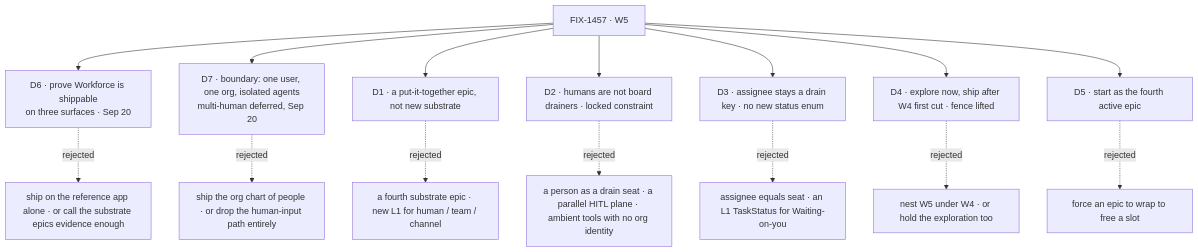
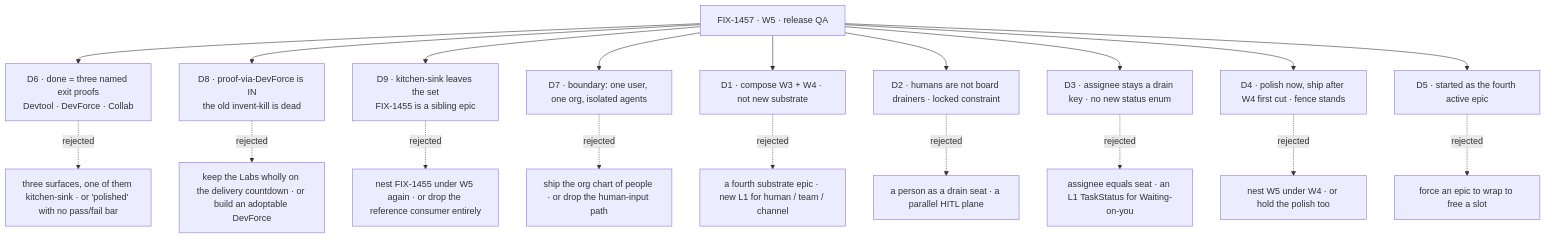
The diagram in spec/_epics/living-workforce/DECISIONS.md (fixpoint-labs/flow-state-dev), drawn with Mermaid before and after one commit. The commit also changed other lines of this file and 6 other files, not shown here.

First line of the commit message:
spec(epic): re-cut W5 as Workforce release QA — three named exit proofs (FIX-1457)

````diff
--- a/spec/_epics/living-workforce/DECISIONS.md
+++ b/spec/_epics/living-workforce/DECISIONS.md
@@ -16,17 +14,21 @@
 ```mermaid
 flowchart TD
-  E["FIX-1457 · W5"] --> D6["D6 · prove Workforce is shippable<br/>on three surfaces · Sep 20"]
-  D6 -.->|"rejected"| X6["ship on the reference app alone · or call the substrate epics evidence enough"]
-  E --> D7["D7 · boundary: one user, one org, isolated agents<br/>multi-human deferred, Sep 20"]
-  D7 -.->|"rejected"| X7["ship the org chart of people · or drop the human-input path entirely"]
-  E --> D1["D1 · a put-it-together epic, not new substrate"]
+  E["FIX-1457 · W5 · release QA"] --> D6["D6 · done = three named exit proofs<br/>Devtool · DevForce · Collab"]
+  D6 -.->|"rejected"| X6["three surfaces, one of them kitchen-sink · or 'polished' with no pass/fail bar"]
+  E --> D8["D8 · proof-via-DevForce is IN<br/>the old invent-kill is dead"]
+  D8 -.->|"rejected"| X8["keep the Labs wholly on the delivery countdown · or build an adoptable DevForce"]
+  E --> D9["D9 · kitchen-sink leaves the set<br/>FIX-1455 is a sibling epic"]
+  D9 -.->|"rejected"| X9["nest FIX-1455 under W5 again · or drop the reference consumer entirely"]
+  E --> D7["D7 · boundary: one user, one org, isolated agents"]
+  D7 -.->|"rejected"| X7["ship the org chart of people · or drop the human-input path"]
+  E --> D1["D1 · compose W3 + W4 · not new substrate"]
   D1 -.->|"rejected"| X1["a fourth substrate epic · new L1 for human / team / channel"]
   E --> D2["D2 · humans are not board drainers · locked constraint"]
-  D2 -.->|"rejected"| X2["a person as a drain seat · a parallel HITL plane · ambient tools with no org identity"]
+  D2 -.->|"rejected"| X2["a person as a drain seat · a parallel HITL plane"]
   E --> D3["D3 · assignee stays a drain key · no new status enum"]
   D3 -.->|"rejected"| X3["assignee equals seat · an L1 TaskStatus for Waiting-on-you"]
-  E --> D4["D4 · explore now, ship after W4 first cut · fence lifted"]
-  D4 -.->|"rejected"| X4["nest W5 under W4 · or hold the exploration too"]
-  E --> D5["D5 · start as the fourth active epic"]
+  E --> D4["D4 · polish now, ship after W4 first cut · fence stands"]
+  D4 -.->|"rejected"| X4["nest W5 under W4 · or hold the polish too"]
+  E --> D5["D5 · started as the fourth active epic"]
   D5 -.->|"rejected"| X5["force an epic to wrap to free a slot"]
 ```
````
